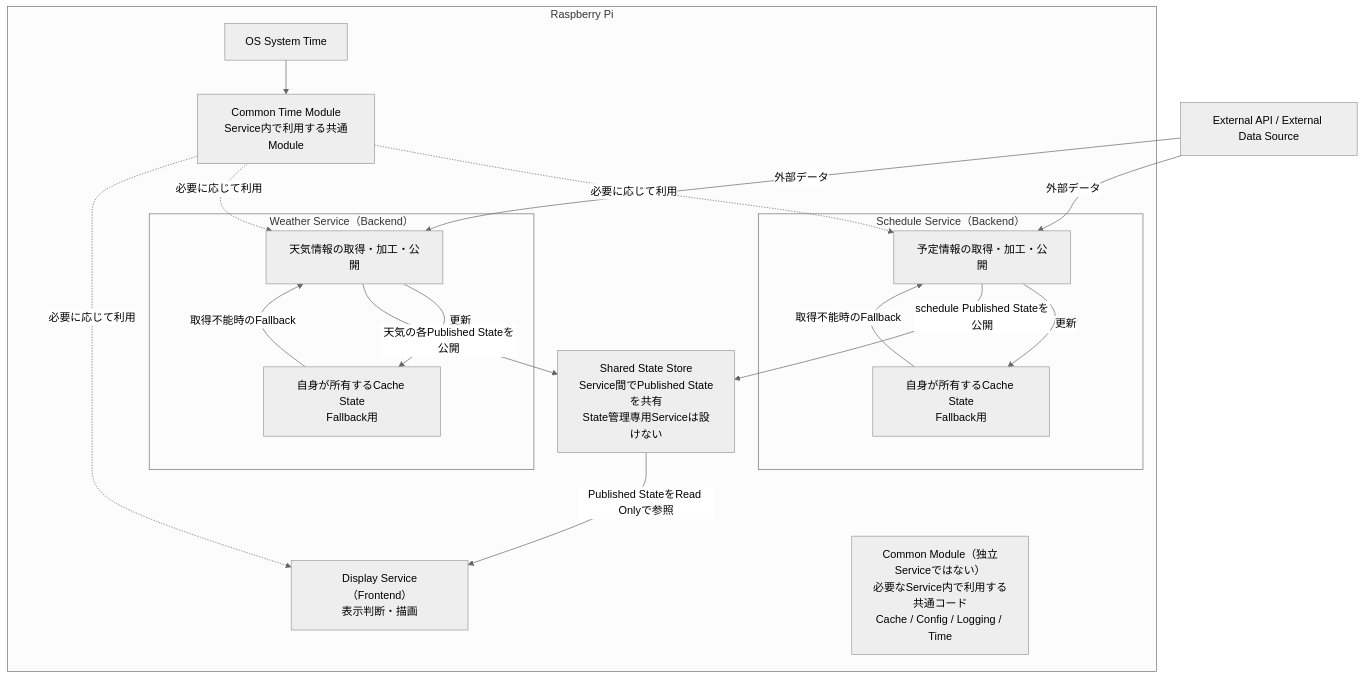
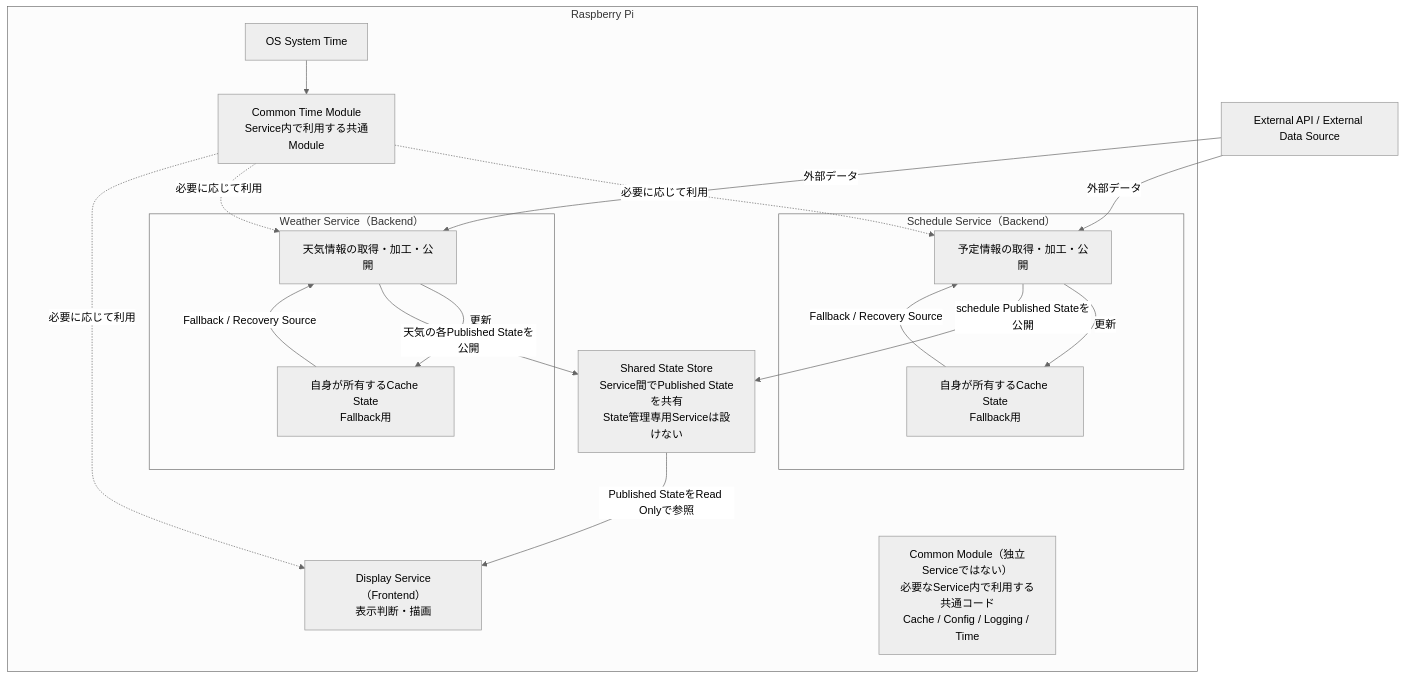
Before and after one commit to rinYamano211/home-digital-signage: the third of 3 diagrams in docs/architecture.md, drawn with Mermaid (neutral theme). The commit also changed other lines of this file and 1 other file, not shown here.

````diff
--- a/docs/architecture.md
+++ b/docs/architecture.md
@@ -569,32 +574,32 @@
 ```mermaid
 flowchart TB
     external["External API / External Data Source"]
     subgraph pi["Raspberry Pi"]
         subgraph schedule["Schedule Service（Backend）"]
             scheduleData["予定情報の取得・加工・公開"]
             scheduleCache["自身が所有するCache State<br/>Fallback用"]
             scheduleData -->|更新| scheduleCache
-            scheduleCache -->|取得不能時のFallback| scheduleData
+            scheduleCache -->|Fallback / Recovery Source| scheduleData
         end
         subgraph weather["Weather Service（Backend）"]
             weatherData["天気情報の取得・加工・公開"]
             weatherCache["自身が所有するCache State<br/>Fallback用"]
             weatherData -->|更新| weatherCache
-            weatherCache -->|取得不能時のFallback| weatherData
+            weatherCache -->|Fallback / Recovery Source| weatherData
         end
         store["Shared State Store<br/>Service間でPublished Stateを共有<br/>State管理専用Serviceは設けない"]
         display["Display Service（Frontend）<br/>表示判断・描画"]
         osTime["OS System Time"]
         time["Common Time Module<br/>Service内で利用する共通Module"]
         osTime --> time
         common["Common Module（独立Serviceではない）<br/>必要なService内で利用する共通コード<br/>Cache / Config / Logging / Time"]
         scheduleData -->|schedule Published Stateを公開| store
         weatherData -->|天気の各Published Stateを公開| store
         store -->|Published StateをRead Onlyで参照| display
         time -. 必要に応じて利用 .-> scheduleData
         time -. 必要に応じて利用 .-> weatherData
         time -. 必要に応じて利用 .-> display
     end
     external -->|外部データ| scheduleData
     external -->|外部データ| weatherData
 ```
````
